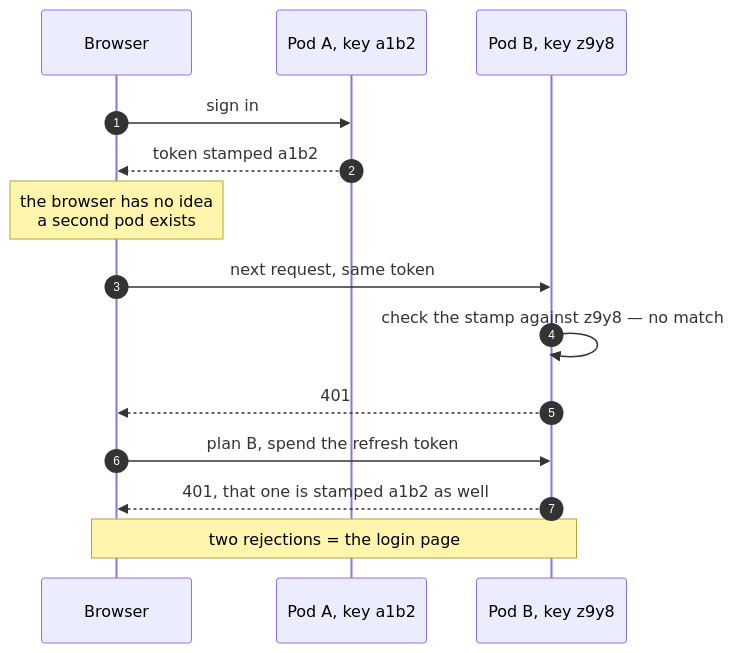
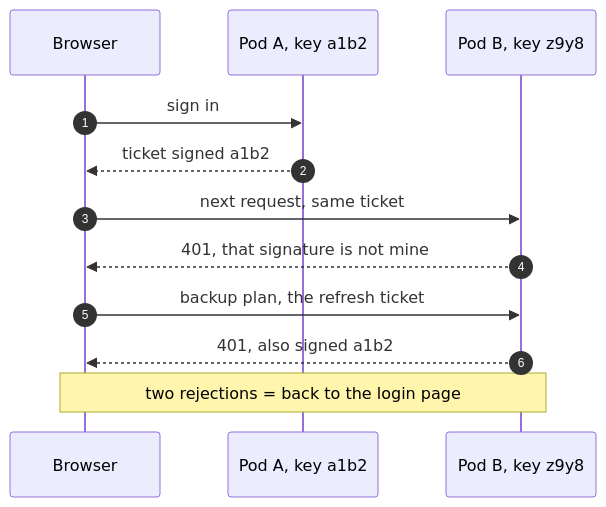
One commit to selvakumarperumal/Corporate_Filing_Analyzer_Agent changed the first of 15 diagrams in docs/TESTING-SCALING.md. Above: the diagram before and after it, drawn with Mermaid. The commit also changed other lines of this file, not shown here.

Commit message:
docs: streamline scaling test guide with plain-language summaries, settings tables, and clear architectural diagrams

````diff
--- a/docs/TESTING-SCALING.md
+++ b/docs/TESTING-SCALING.md
@@ -197,16 +198,14 @@
 ```mermaid
 sequenceDiagram
   autonumber
   participant U as Browser
   participant A as Pod A, key a1b2
   participant B as Pod B, key z9y8
   U->>A: sign in
-  A-->>U: token stamped a1b2
-  Note over U: the browser has no idea<br/>a second pod exists
-  U->>B: next request, same token
-  B->>B: check the stamp against z9y8 — no match
-  B-->>U: 401
-  U->>B: plan B, spend the refresh token
-  B-->>U: 401, that one is stamped a1b2 as well
-  Note over U,B: two rejections = the login page
+  A-->>U: ticket signed a1b2
+  U->>B: next request, same ticket
+  B-->>U: 401, that signature is not mine
+  U->>B: backup plan, the refresh ticket
+  B-->>U: 401, also signed a1b2
+  Note over U,B: two rejections = back to the login page
 ```
````
